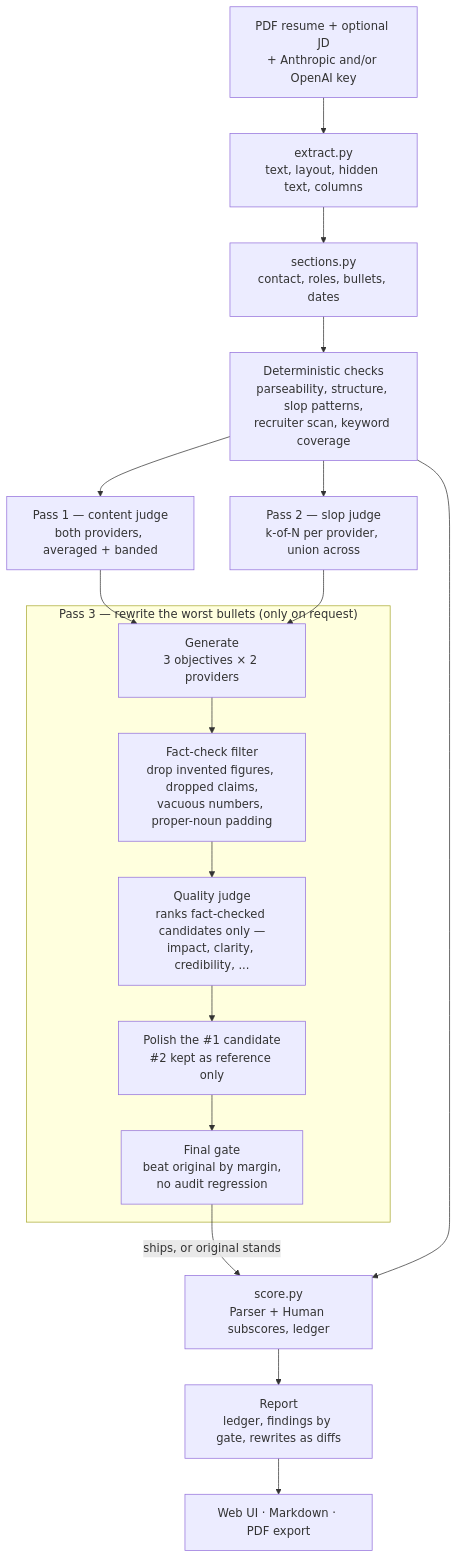
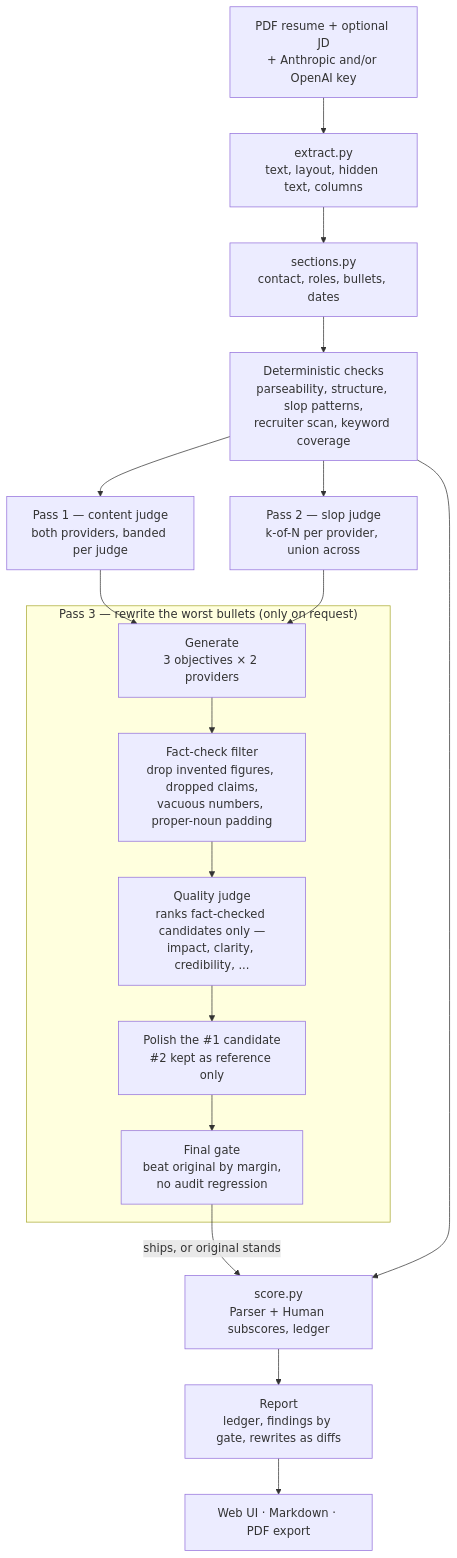
The diagram in README.md (rrichardtang/ATS-parser), drawn with Mermaid before and after one commit. The commit also changed 14 other files, not shown here.

````diff
--- a/README.md
+++ b/README.md
@@ -52,24 +52,24 @@
 ```mermaid
 flowchart TD
     IN["PDF resume + optional JD<br/>+ Anthropic and/or OpenAI key"] --> EX["extract.py<br/>text, layout, hidden text, columns"]
     EX --> SEC["sections.py<br/>contact, roles, bullets, dates"]
     SEC --> DET["Deterministic checks<br/>parseability, structure, slop patterns,<br/>recruiter scan, keyword coverage"]
 
-    DET --> P1["Pass 1 — content judge<br/>both providers, averaged + banded"]
+    DET --> P1["Pass 1 — content judge<br/>both providers, banded per judge"]
     DET --> P2["Pass 2 — slop judge<br/>k-of-N per provider, union across"]
 
     P1 --> GEN
     P2 --> GEN
 
     subgraph P3["Pass 3 — rewrite the worst bullets (only on request)"]
         GEN["Generate<br/>3 objectives × 2 providers"] --> CLEAN["Fact-check filter<br/>drop invented figures, dropped claims,<br/>vacuous numbers, proper-noun padding"]
         CLEAN --> JUDGE["Quality judge<br/>ranks fact-checked candidates only —<br/>impact, clarity, credibility, ..."]
         JUDGE --> POLISH["Polish the #1 candidate<br/>#2 kept as reference only"]
         POLISH --> GATE["Final gate<br/>beat original by margin,<br/>no audit regression"]
     end
 
     GATE -- "ships, or original stands" --> SCORE
     DET --> SCORE["score.py<br/>Parser + Human subscores, ledger"]
     SCORE --> REPORT["Report<br/>ledger, findings by gate, rewrites as diffs"]
     REPORT --> OUT["Web UI · Markdown · PDF export"]
 ```
````
